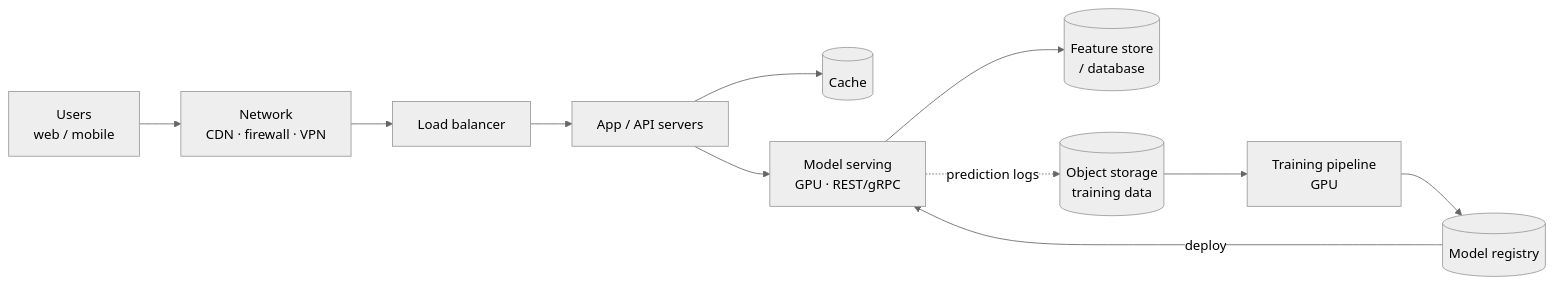
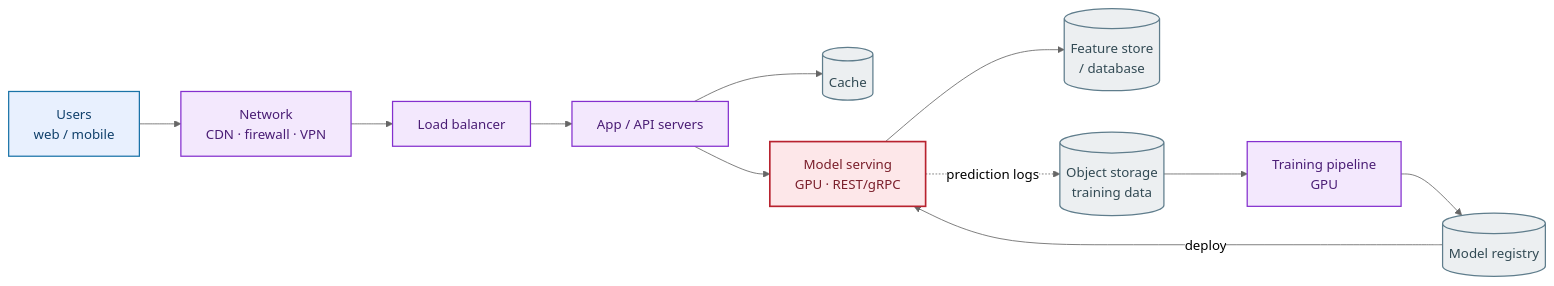
Before and after one commit to kasemsit/261405: the diagram in slides/diagrams/diag15.mmd, drawn with Mermaid (neutral theme). The commit also changed 45 other files, not shown here.

Commit message:
Add 5 topics (metrics, recsys, unsupervised, fine-tuning, PDPA/injection/interpretability), detailed RAG/agentic diagrams, course landing page

```diff
--- a/slides/diagrams/diag15.mmd
+++ b/slides/diagrams/diag15.mmd
@@ -1,11 +1,22 @@
 flowchart LR
   U[Users<br/>web / mobile] --> NW[Network<br/>CDN · firewall · VPN]
   NW --> LB[Load balancer]
   LB --> APP[App / API servers]
   APP --> CA[(Cache)]
   APP --> MS[Model serving<br/>GPU · REST/gRPC]
   MS --> FS[(Feature store<br/>/ database)]
   MS -. prediction logs .-> OS[(Object storage<br/>training data)]
   OS --> TRN[Training pipeline<br/>GPU]
   TRN --> MR[(Model registry)]
   MR -- deploy --> MS
+
+  classDef inp   fill:#e8f0fe,stroke:#1a73a8,color:#10406b,stroke-width:1.5px;
+  classDef proc  fill:#f3e8fd,stroke:#8430ce,color:#4a1d75,stroke-width:1.5px;
+  classDef model fill:#fde7e9,stroke:#b8232f,color:#7a1f2b,stroke-width:2px;
+  classDef good  fill:#e6f4ea,stroke:#137333,color:#0b5e26,stroke-width:1.5px;
+  classDef warn  fill:#fff3e0,stroke:#e08600,color:#8a5200,stroke-width:1.5px;
+  classDef store fill:#eceff1,stroke:#5f7d8c,color:#324a54,stroke-width:1.5px;
+  class U inp;
+  class NW,LB,APP,TRN proc;
+  class CA,FS,OS,MR store;
+  class MS model;
```
